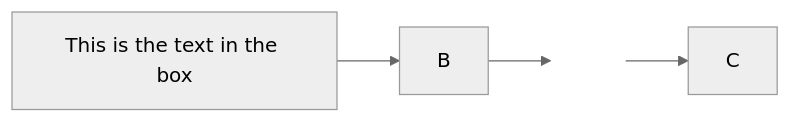
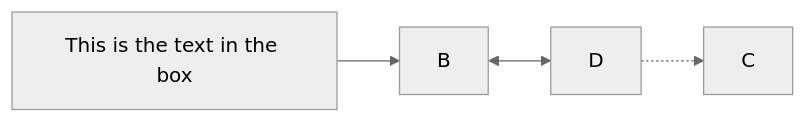
One commit to moon-jam/moon-jam.github.io changed the third of 3 diagrams in source/_posts/NexT-chart.md. Above: the diagram before and after it, drawn with Mermaid (neutral theme). The commit also changed other lines of this file, not shown here.

````diff
--- a/source/_posts/NexT-chart.md
+++ b/source/_posts/NexT-chart.md
@@ -173,7 +173,6 @@
 ```mermaid
 flowchart LR
   A[This is the text in the box]-->B
-  B-->D[ ]
-  D-->C
-  style D opacity:0
+  B<-->D
+  D-.->C
 ```
````
